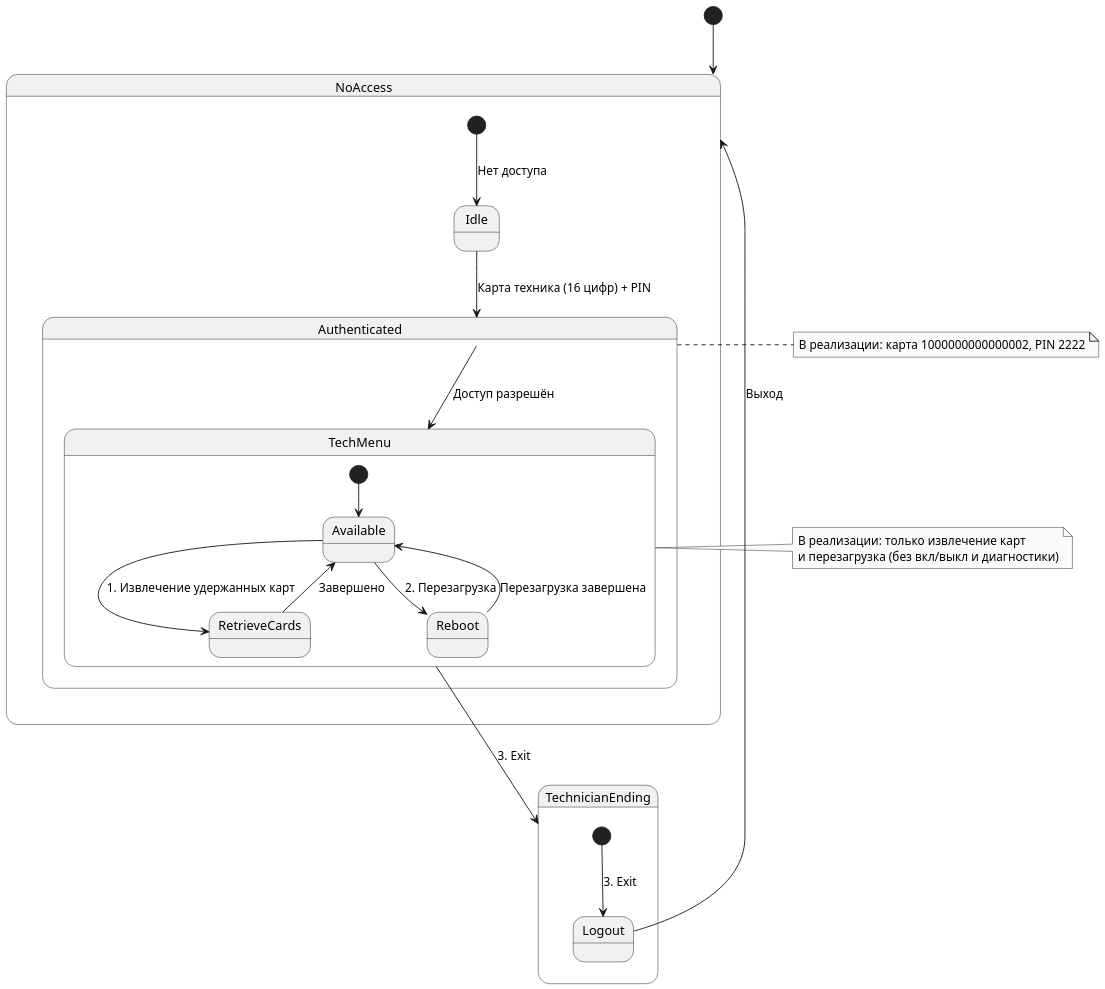
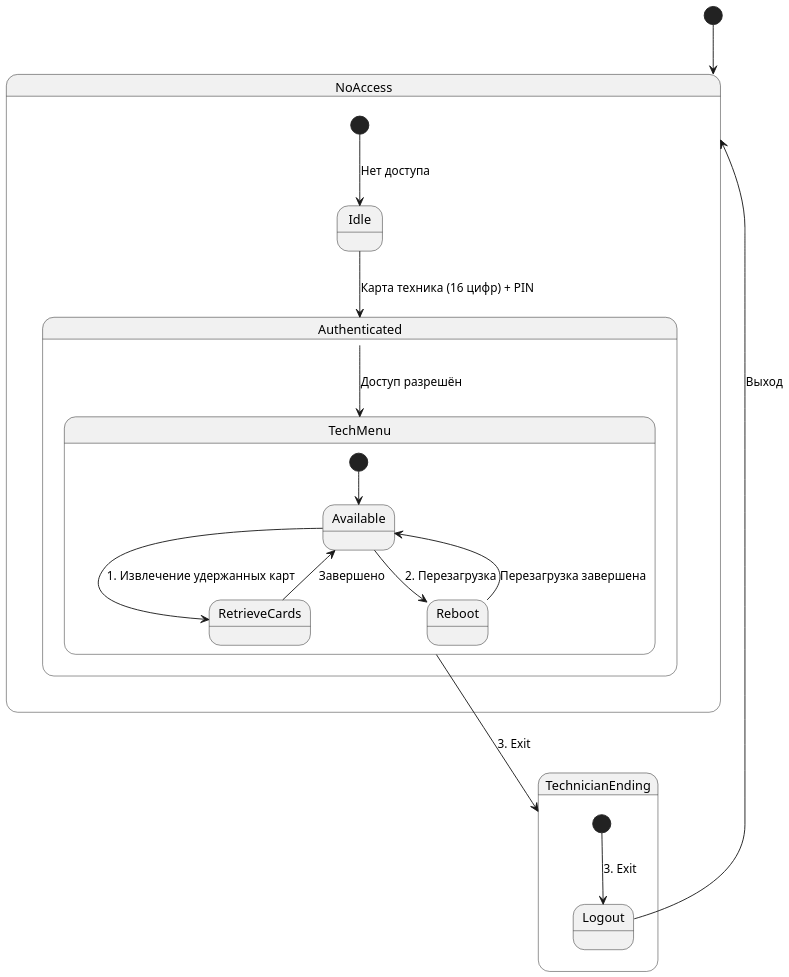
One commit to vodo4kin/PPOIS_2sem changed the diagram in labs/lab_1/ATM/uml/ATM_Technician_StateMachine.puml. Above: the diagram before and after it, drawn with PlantUML. The commit also changed 5 other files, not shown here.

Commit message:
Diagrams

```diff
--- a/labs/lab_1/ATM/uml/ATM_Technician_StateMachine.puml
+++ b/labs/lab_1/ATM/uml/ATM_Technician_StateMachine.puml
@@ -1,41 +1,32 @@
 @startuml ATM_Technician_StateMachine
 skinparam monochrome true
 skinparam shadowing false
 skinparam dpi 150
 
 [*] --> NoAccess
 
 state NoAccess {
   [*] --> Idle : Нет доступа
   Idle --> Authenticated : Карта техника (16 цифр) + PIN
 }
 
 state Authenticated {
   Authenticated --> TechMenu : Доступ разрешён
 }
 
 state TechMenu {
   [*] --> Available
   Available --> RetrieveCards : 1. Извлечение удержанных карт
   Available --> Reboot : 2. Перезагрузка
   RetrieveCards --> Available : Завершено
   Reboot --> Available : Перезагрузка завершена
 }
 
 state TechnicianEnding {
   [*] --> Logout : 3. Exit
   Logout --> NoAccess : Выход
 }
 
 TechMenu --> TechnicianEnding : 3. Exit
 
-note right of Authenticated
-  В реализации: карта 1000000000000002, PIN 2222
-end note
-
-note right of TechMenu
-  В реализации: только извлечение карт
-  и перезагрузка (без вкл/выкл и диагностики)
-end note
-
 @enduml
```
